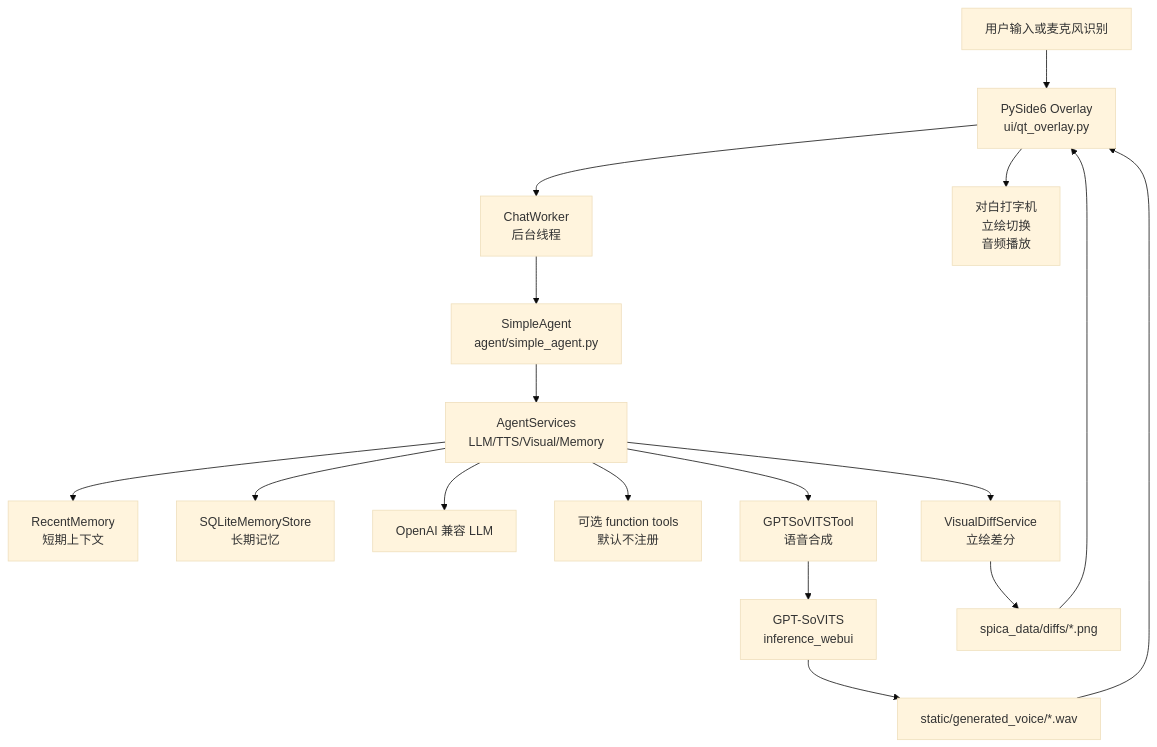
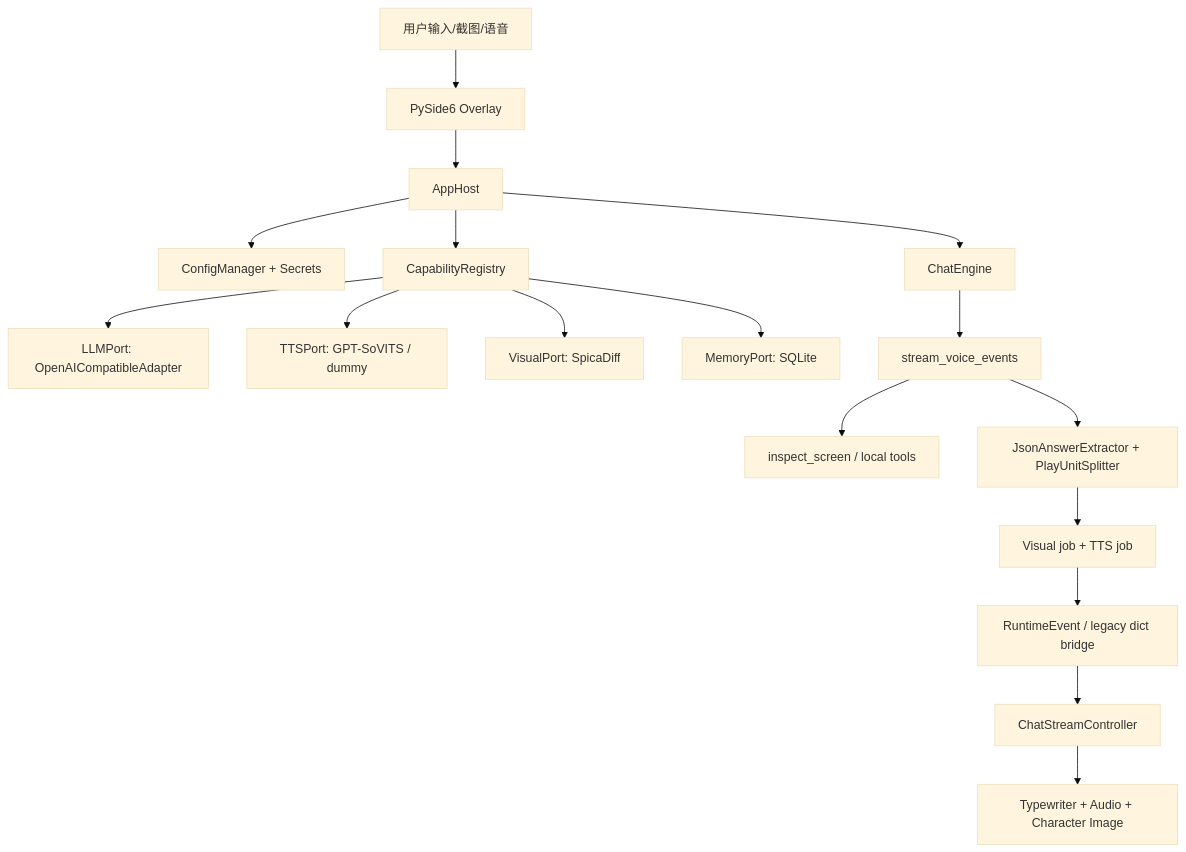
Before and after one commit to KASA2AI/Spica-Chatbot_Release: the diagram in README.md, drawn with Mermaid (base theme). The commit also changed other lines of this file, not shown here.

````diff
--- a/README.md
+++ b/README.md
@@ -258,22 +34,19 @@
 ```mermaid
 flowchart TD
-    U[用户输入或麦克风识别] --> UI[PySide6 Overlay<br/>ui/qt_overlay.py]
-    UI --> CW[ChatWorker<br/>后台线程]
-    CW --> AG[SimpleAgent<br/>agent/simple_agent.py]
-    AG --> SVC[AgentServices<br/>LLM/TTS/Visual/Memory]
-
-    SVC --> MEM1[RecentMemory<br/>短期上下文]
-    SVC --> MEM2[SQLiteMemoryStore<br/>长期记忆]
-    SVC --> LLM[OpenAI 兼容 LLM]
-    SVC --> TOOL[可选 function tools<br/>默认不注册]
-    SVC --> VIS[VisualDiffService<br/>立绘差分]
-    SVC --> TTS[GPTSoVITSTool<br/>语音合成]
-
-    TTS --> GSV[GPT-SoVITS<br/>inference_webui]
-    GSV --> WAV[static/generated_voice/*.wav]
-    VIS --> IMG[spica_data/diffs/*.png]
-
-    WAV --> UI
-    IMG --> UI
-    UI --> OUT[对白打字机<br/>立绘切换<br/>音频播放]
+    User[用户输入/截图/语音] --> UI[PySide6 Overlay]
+    UI --> Host[AppHost]
+    Host --> Config[ConfigManager + Secrets]
+    Host --> Registry[CapabilityRegistry]
+    Registry --> LLM[LLMPort: OpenAICompatibleAdapter]
+    Registry --> TTS[TTSPort: GPT-SoVITS / dummy]
+    Registry --> Visual[VisualPort: SpicaDiff]
+    Registry --> Memory[MemoryPort: SQLite]
+    Host --> Engine[ChatEngine]
+    Engine --> Runtime[stream_voice_events]
+    Runtime --> Tools[inspect_screen / local tools]
+    Runtime --> Splitter[JsonAnswerExtractor + PlayUnitSplitter]
+    Splitter --> Jobs[Visual job + TTS job]
+    Jobs --> Events[RuntimeEvent / legacy dict bridge]
+    Events --> Controller[ChatStreamController]
+    Controller --> Playback[Typewriter + Audio + Character Image]
 ```
````
